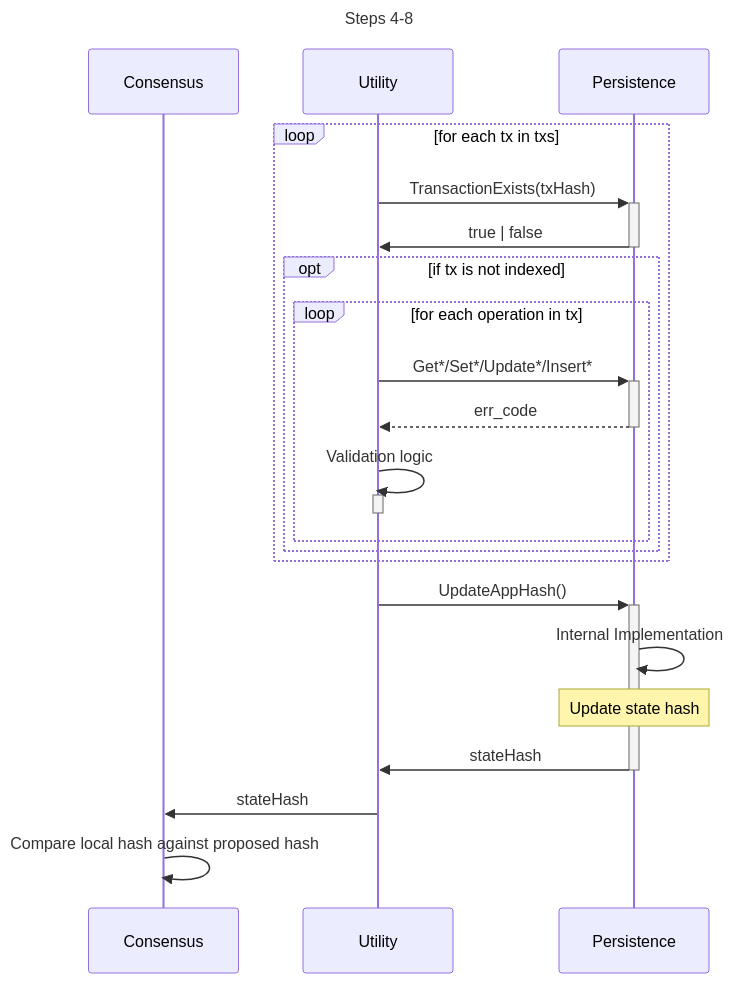
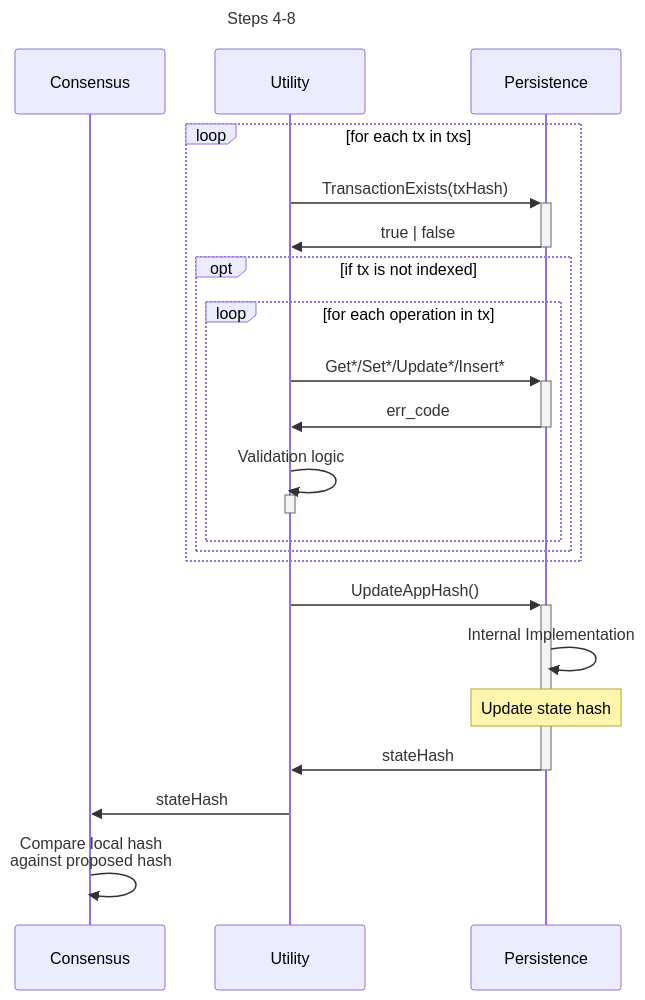
One commit to pokt-network/pocket changed the fifth of 5 diagrams in shared/docs/PROTOCOL_STATE_HASH.md. Above: the diagram before and after it, drawn with Mermaid. The commit also changed other lines of this file and 1 other file, not shown here.

Commit message:
Self review of most parts of the code

````diff
--- a/shared/docs/PROTOCOL_STATE_HASH.md
+++ b/shared/docs/PROTOCOL_STATE_HASH.md
@@ -146,29 +145,29 @@
 ```mermaid
 sequenceDiagram
     title Steps 4-8
     participant C as Consensus
     participant U as Utility
     participant P as Persistence
 
     loop for each tx in txs
         U->>+P: TransactionExists(txHash)
         P->>-U: true | false
         opt if tx is not indexed
             loop for each operation in tx
                 U->>+P: Get*/Set*/Update*/Insert*
-                P-->>-U: err_code
+                P->>-U: err_code
                 U->>U: Validation logic
                 activate U
                 deactivate U
             end
         end
     end
     U->>+P: UpdateAppHash()
     P->>P: Internal Implementation
     Note over P: Update state hash
     P->>-U: stateHash
     U->>C: stateHash
 
     %% Validate the updated hash
-    C->>C: Compare local hash against proposed hash
+    C->>C: Compare local hash<br>against proposed hash
 ```
````
